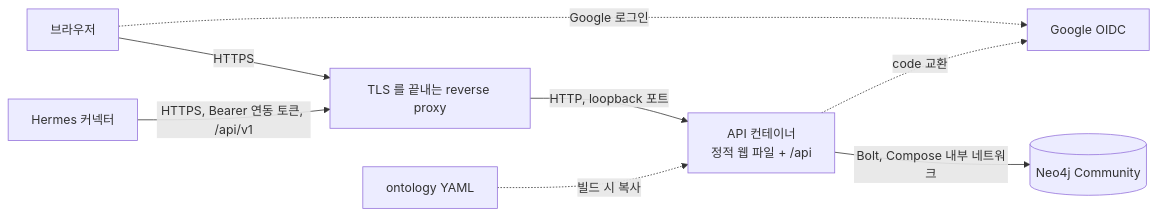
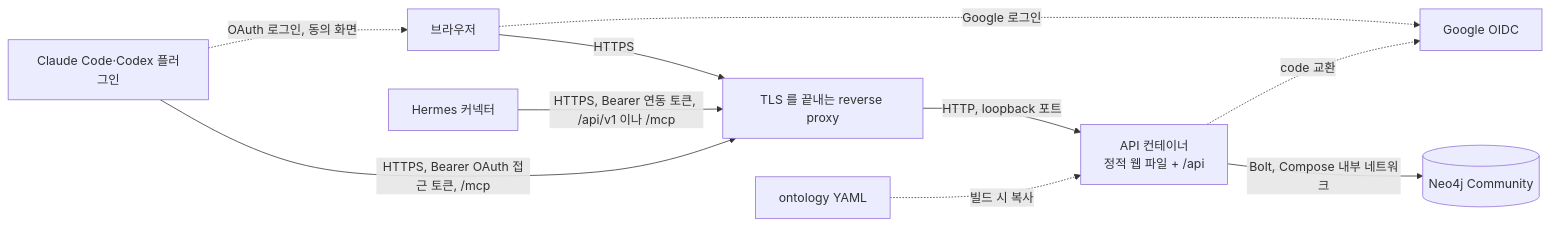
The diagram in docs/code-architecture.md (jon890/fos-graphrag), drawn with Mermaid before and after one commit. The commit also changed other lines of this file and 6 other files, not shown here.

First line of the commit message:
docs(mcp): 원격 MCP 와 OAuth 로그인으로 앱을 잇는 계약을 정하고 ADR-015 를 남긴다

````diff
--- a/docs/code-architecture.md
+++ b/docs/code-architecture.md
@@ -22,10 +24,12 @@
 ```mermaid
 flowchart LR
   B[브라우저] -->|HTTPS| P[TLS 를 끝내는 reverse proxy]
-  H[Hermes 커넥터] -->|HTTPS, Bearer 연동 토큰, /api/v1| P
+  H[Hermes 커넥터] -->|HTTPS, Bearer 연동 토큰, /api/v1 이나 /mcp| P
+  C[Claude Code·Codex 플러그인] -->|HTTPS, Bearer OAuth 접근 토큰, /mcp| P
+  C -.OAuth 로그인, 동의 화면.-> B
   P -->|HTTP, loopback 포트| A[API 컨테이너<br/>정적 웹 파일 + /api]
   B -.Google 로그인.-> G[Google OIDC]
   A -.code 교환.-> G
   A -->|Bolt, Compose 내부 네트워크| N[(Neo4j Community)]
   O[ontology YAML] -.빌드 시 복사.-> A
 ```
````
